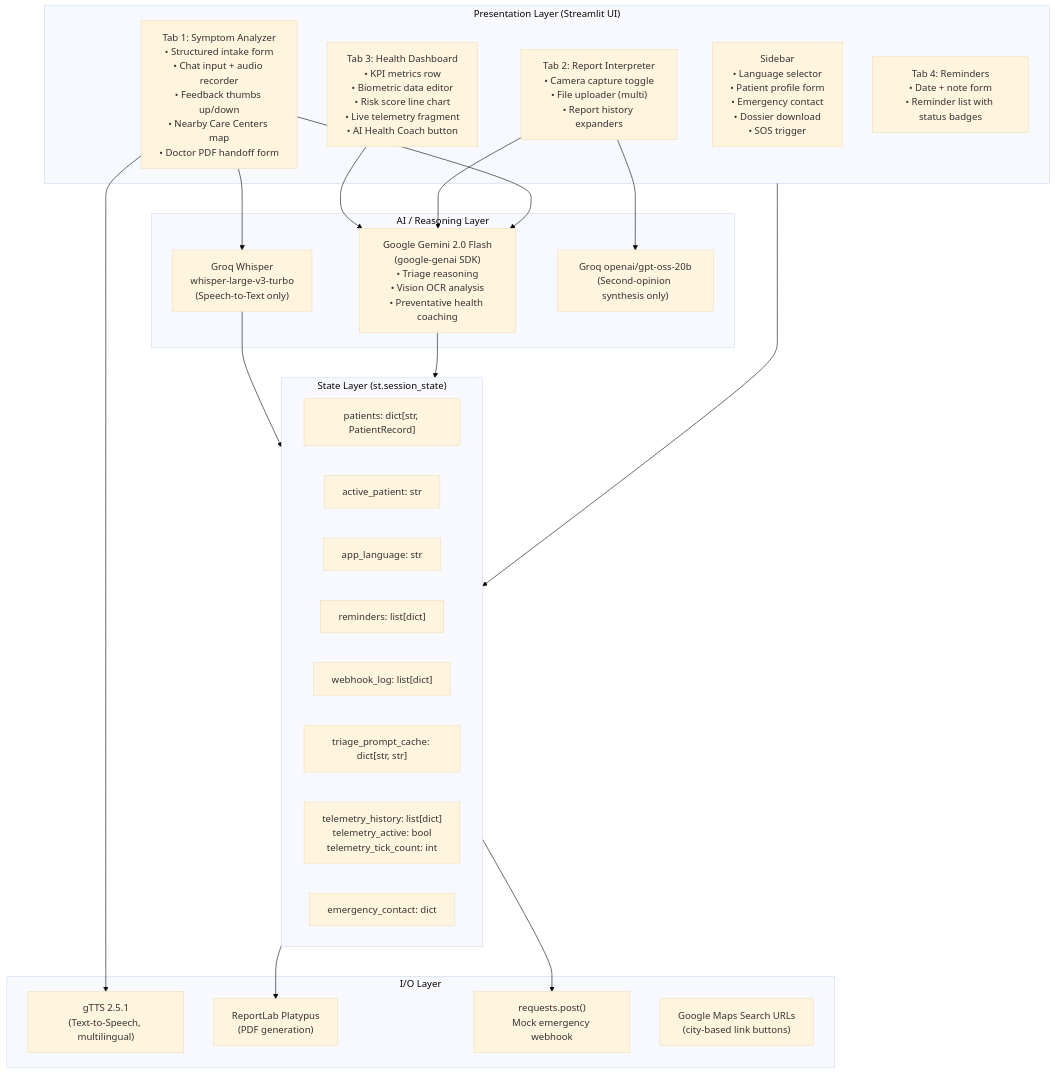
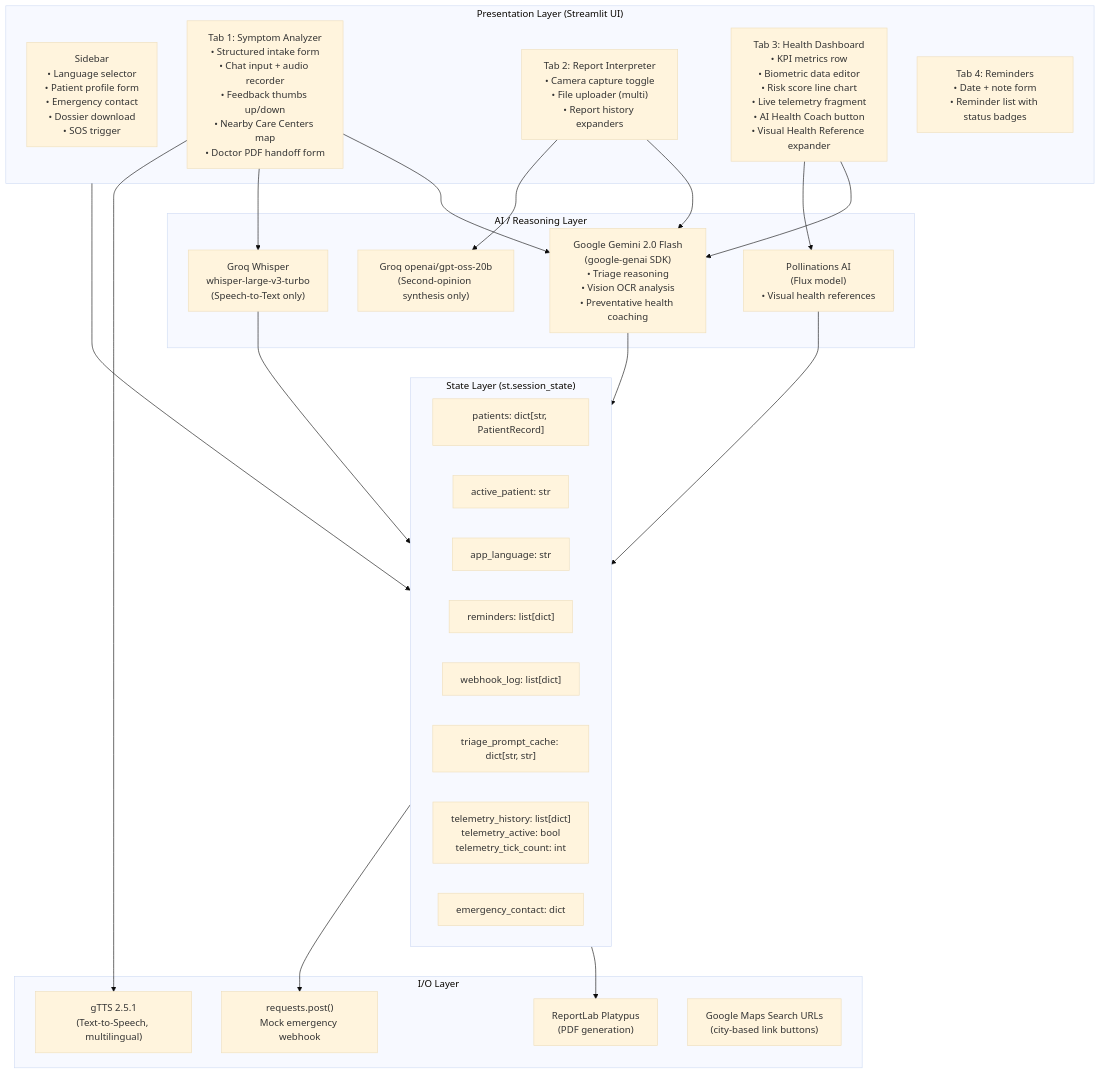
One commit to shreyaspatankar-07/MediScan-AI changed the diagram in docs/TECHNICAL_DESIGN.md. Above: the diagram before and after it, drawn with Mermaid (base theme). The commit also changed other lines of this file and 2 other files, not shown here.

Commit message:
feat: add Pollinations AI integration for visual health references

````diff
--- a/docs/TECHNICAL_DESIGN.md
+++ b/docs/TECHNICAL_DESIGN.md
@@ -29,46 +30,49 @@
 ```mermaid
 graph TD
     subgraph Presentation["Presentation Layer (Streamlit UI)"]
         Sidebar["Sidebar\n• Language selector\n• Patient profile form\n• Emergency contact\n• Dossier download\n• SOS trigger"]
         Tab1["Tab 1: Symptom Analyzer\n• Structured intake form\n• Chat input + audio recorder\n• Feedback thumbs up/down\n• Nearby Care Centers map\n• Doctor PDF handoff form"]
         Tab2["Tab 2: Report Interpreter\n• Camera capture toggle\n• File uploader (multi)\n• Report history expanders"]
-        Tab3["Tab 3: Health Dashboard\n• KPI metrics row\n• Biometric data editor\n• Risk score line chart\n• Live telemetry fragment\n• AI Health Coach button"]
+        Tab3["Tab 3: Health Dashboard\n• KPI metrics row\n• Biometric data editor\n• Risk score line chart\n• Live telemetry fragment\n• AI Health Coach button\n• Visual Health Reference expander"]
         Tab4["Tab 4: Reminders\n• Date + note form\n• Reminder list with status badges"]
     end
 
     subgraph State["State Layer (st.session_state)"]
         SS_patients["patients: dict[str, PatientRecord]"]
         SS_active["active_patient: str"]
         SS_lang["app_language: str"]
         SS_reminders["reminders: list[dict]"]
         SS_webhook["webhook_log: list[dict]"]
         SS_cache["triage_prompt_cache: dict[str, str]"]
         SS_telemetry["telemetry_history: list[dict]\ntelemetry_active: bool\ntelemetry_tick_count: int"]
         SS_ec["emergency_contact: dict"]
     end
 
     subgraph AI["AI / Reasoning Layer"]
         Gemini["Google Gemini 2.0 Flash\n(google-genai SDK)\n• Triage reasoning\n• Vision OCR analysis\n• Preventative health coaching"]
         WhisperSTT["Groq Whisper\nwhisper-large-v3-turbo\n(Speech-to-Text only)"]
         GroqLLM["Groq openai/gpt-oss-20b\n(Second-opinion synthesis only)"]
+        Pollinations["Pollinations AI\n(Flux model)\n• Visual health references"]
     end
 
     subgraph IO["I/O Layer"]
         gTTS["gTTS 2.5.1\n(Text-to-Speech, multilingual)"]
         ReportLab["ReportLab Platypus\n(PDF generation)"]
         Webhook["requests.post()\nMock emergency webhook"]
         Maps["Google Maps Search URLs\n(city-based link buttons)"]
     end
 
     Presentation --> State
     Tab1 --> Gemini
     Tab1 --> WhisperSTT
     Tab1 --> gTTS
     Tab2 --> Gemini
     Tab2 --> GroqLLM
     Tab3 --> Gemini
+    Tab3 --> Pollinations
     State --> ReportLab
     State --> Webhook
     Gemini --> State
     WhisperSTT --> State
+    Pollinations --> State
 ```
````
